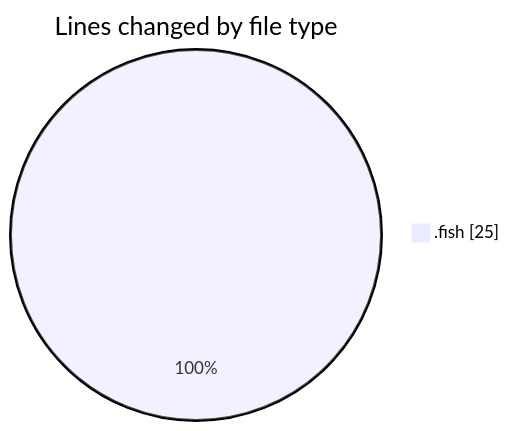
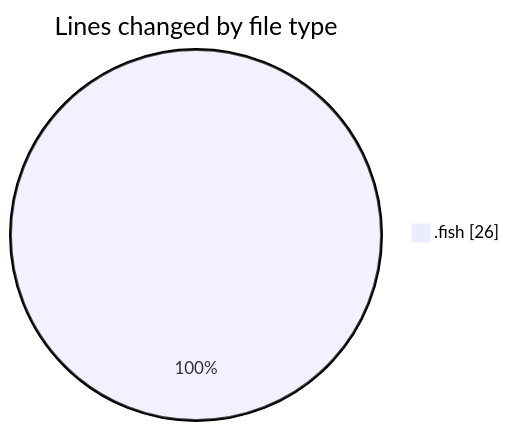
The first of 2 diagrams in 2025-07-11/_config/README.md (EIIisD/code-tracking), drawn with Mermaid before and after one commit. The commit also changed other lines of this file and 1 other file, not shown here.

````diff
--- a/2025-07-11/_config/README.md
+++ b/2025-07-11/_config/README.md
@@ -20,5 +20,5 @@
 ```mermaid
 pie showData
 title Lines changed by file type
-".fish" : 25
+".fish" : 26
 ```
````
